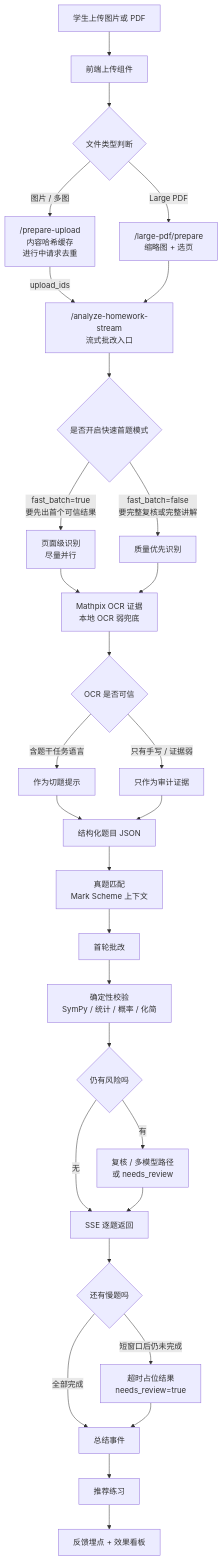
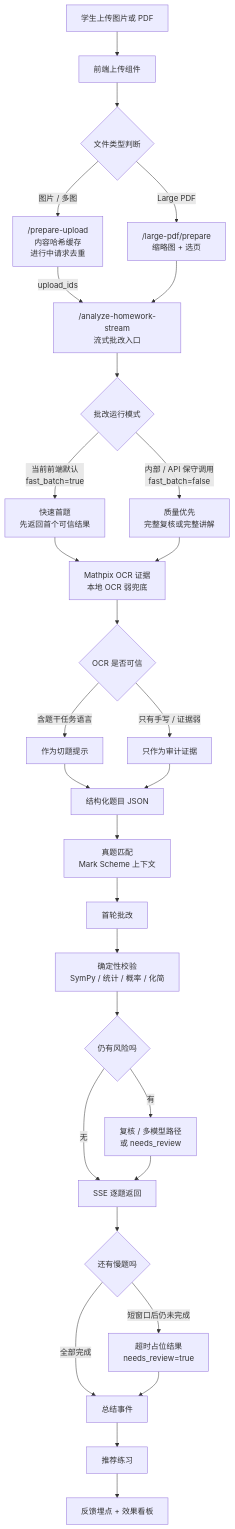
Before and after one commit to berylinureye/alevel-assistant: the diagram in docs/runtime-pipeline-and-benchmarks.md, drawn with Mermaid. The commit also changed other lines of this file, not shown here.

Commit message:
docs: align fast-first docs with current default

````diff
--- a/docs/runtime-pipeline-and-benchmarks.md
+++ b/docs/runtime-pipeline-and-benchmarks.md
@@ -26,37 +26,37 @@
 ```mermaid
 flowchart TD
   U["学生上传图片或 PDF"] --> F["前端上传组件"]
   F --> P{"文件类型判断"}
 
   P -->|"图片 / 多图"| C["/prepare-upload<br/>内容哈希缓存<br/>进行中请求去重"]
   C -->|"upload_ids"| S["/analyze-homework-stream<br/>流式批改入口"]
   P -->|"Large PDF"| L["/large-pdf/prepare<br/>缩略图 + 选页"]
   L --> S
 
-  S --> R{"是否开启快速首题模式"}
-  R -->|"fast_batch=true<br/>要先出首个可信结果"| I["页面级识别<br/>尽量并行"]
-  R -->|"fast_batch=false<br/>要完整复核或完整讲解"| G["质量优先识别"]
+  S --> R{"批改运行模式"}
+  R -->|"当前前端默认<br/>fast_batch=true"| I["快速首题<br/>先返回首个可信结果"]
+  R -->|"内部 / API 保守调用<br/>fast_batch=false"| G["质量优先<br/>完整复核或完整讲解"]
 
   I --> O["Mathpix OCR 证据<br/>本地 OCR 弱兜底"]
   G --> O
   O --> Q{"OCR 是否可信"}
   Q -->|"含题干任务语言"| H["作为切题提示"]
   Q -->|"只有手写 / 证据弱"| A["只作为审计证据"]
 
   H --> X["结构化题目 JSON"]
   A --> X
   X --> M["真题匹配<br/>Mark Scheme 上下文"]
   M --> B["首轮批改"]
   B --> V["确定性校验<br/>SymPy / 统计 / 概率 / 化简"]
   V --> D{"仍有风险吗"}
   D -->|"有"| W["复核 / 多模型路径<br/>或 needs_review"]
   D -->|"无"| E["SSE 逐题返回"]
   W --> E
 
   E --> T{"还有慢题吗"}
   T -->|"短窗口后仍未完成"| N["超时占位结果<br/>needs_review=true"]
   T -->|"全部完成"| Z["总结事件"]
   N --> Z
   Z --> K["推荐练习"]
   K --> J["反馈埋点 + 效果看板"]
 ```
````
